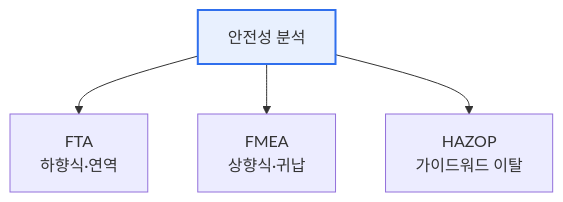
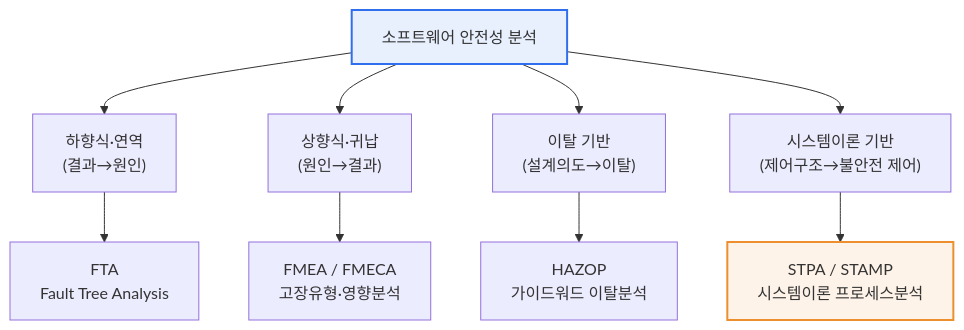
Before and after one commit to coninggu/wjdqhrhksflrltnftk: the first of 2 diagrams in content/software-safety-analysis.md, drawn with Mermaid. The commit also changed other lines of this file and 3 other files, not shown here.

Commit message:
Deepen 소프트웨어 안전성 분석(FTA·FMEA·HAZOP), 산업제어시스템(ICS) 퍼듀 모델 (auto)

````diff
--- a/content/software-safety-analysis.md
+++ b/content/software-safety-analysis.md
@@ -15,7 +19,13 @@
 ```mermaid
 flowchart TB
-  S[안전성 분석] --> F["FTA<br/>하향식·연역"]
-  S --> M["FMEA<br/>상향식·귀납"]
-  S --> H["HAZOP<br/>가이드워드 이탈"]
+  S["소프트웨어 안전성 분석"] --> D["하향식·연역<br/>(결과→원인)"]
+  S --> U["상향식·귀납<br/>(원인→결과)"]
+  S --> G["이탈 기반<br/>(설계의도→이탈)"]
+  S --> T["시스템이론 기반<br/>(제어구조→불안전 제어)"]
+  D --> FTA["FTA<br/>Fault Tree Analysis"]
+  U --> FMEA["FMEA / FMECA<br/>고장유형·영향분석"]
+  G --> HAZOP["HAZOP<br/>가이드워드 이탈분석"]
+  T --> STPA["STPA / STAMP<br/>시스템이론 프로세스분석"]
   style S fill:#e8f0fe,stroke:#2f6fed,stroke-width:2px
+  style STPA fill:#fef3e8,stroke:#ed8f2f,stroke-width:2px
 ```
````
